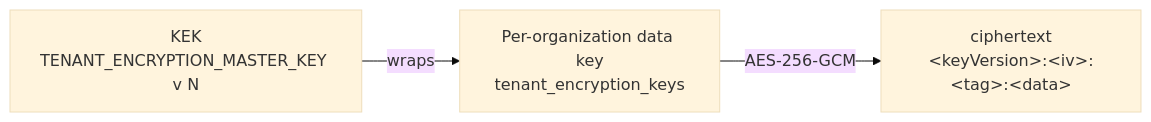
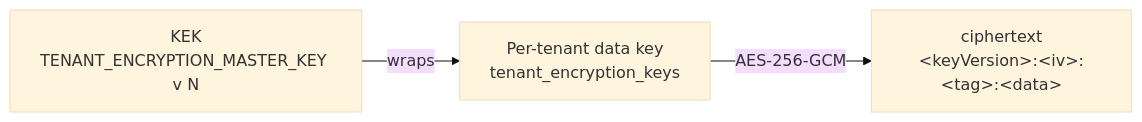
One commit to patelzz007/nestjs-nextjs-turborepo-starter-kit changed the diagram in docs/technical/security/encryption-and-kms.md. Above: the diagram before and after it, drawn with Mermaid (base theme). The commit also changed other lines of this file and 674 other files, not shown here.

````diff
--- a/docs/technical/security/encryption-and-kms.md
+++ b/docs/technical/security/encryption-and-kms.md
@@ -46,5 +46,5 @@
 ```mermaid
 flowchart LR
-    KEK[KEK<br/>TENANT_ENCRYPTION_MASTER_KEY v N] -->|wraps| DEK[Per-organization data key<br/>tenant_encryption_keys]
+    KEK[KEK<br/>TENANT_ENCRYPTION_MASTER_KEY v N] -->|wraps| DEK[Per-tenant data key<br/>tenant_encryption_keys]
     DEK -->|AES-256-GCM| CT["ciphertext<br/>&lt;keyVersion&gt;:&lt;iv&gt;:&lt;tag&gt;:&lt;data&gt;"]
 ```
````
